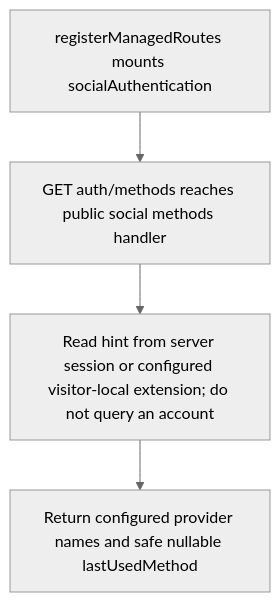
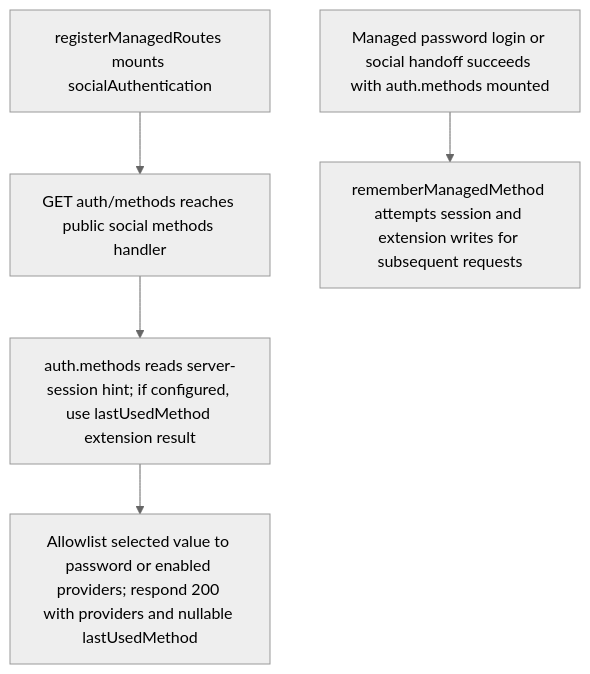
The second of 2 diagrams in user-stories/US-ACCOUNT-59-discover-authentication-methods.md (Kevinjohn/oss-adonisjs-account-kit), drawn with Mermaid (neutral theme) before and after one commit. The commit also changed other lines of this file and 70 other files, not shown here.

````diff
--- a/user-stories/US-ACCOUNT-59-discover-authentication-methods.md
+++ b/user-stories/US-ACCOUNT-59-discover-authentication-methods.md
@@ -31,6 +32,7 @@
 ```mermaid
 flowchart TD
     A["registerManagedRoutes mounts socialAuthentication"] --> B["GET auth/methods reaches public social methods handler"]
-    B --> D["Read hint from server session or configured visitor-local extension; do not query an account"]
-    D --> C["Return configured provider names and safe nullable lastUsedMethod"]
+    B --> D["auth.methods reads server-session hint; if configured, use lastUsedMethod extension result"]
+    D --> C["Allowlist selected value to password or enabled providers; respond 200 with providers and nullable lastUsedMethod"]
+    P["Managed password login or social handoff succeeds with auth.methods mounted"] --> W["rememberManagedMethod attempts session and extension writes for subsequent requests"]
 ```
````
